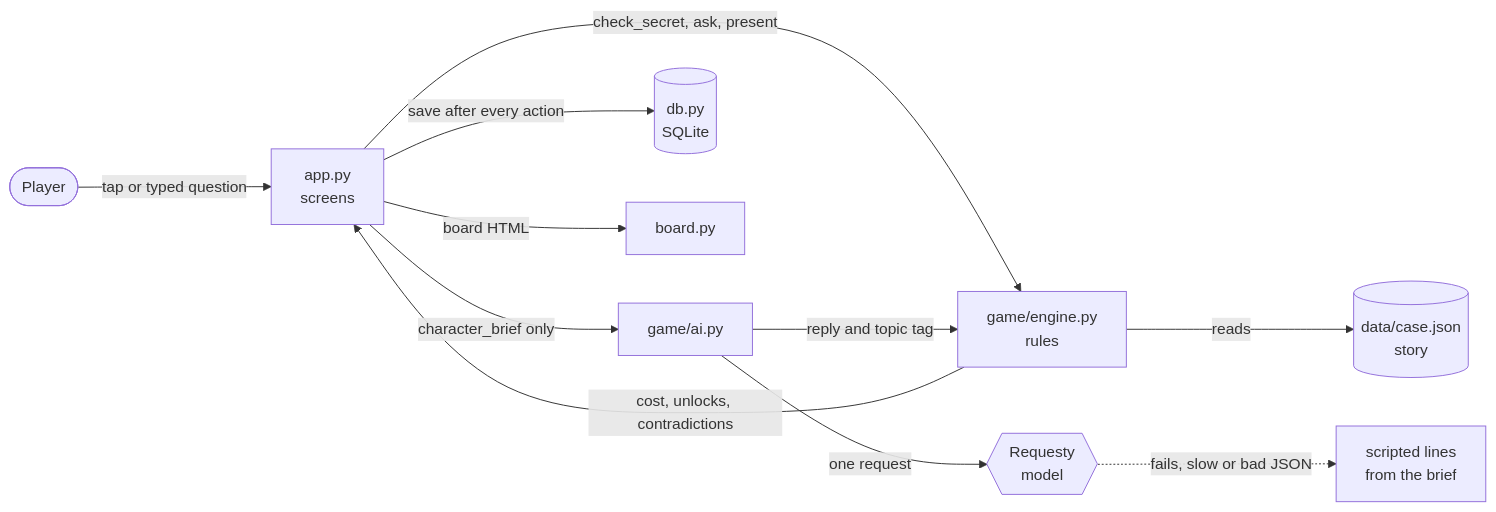
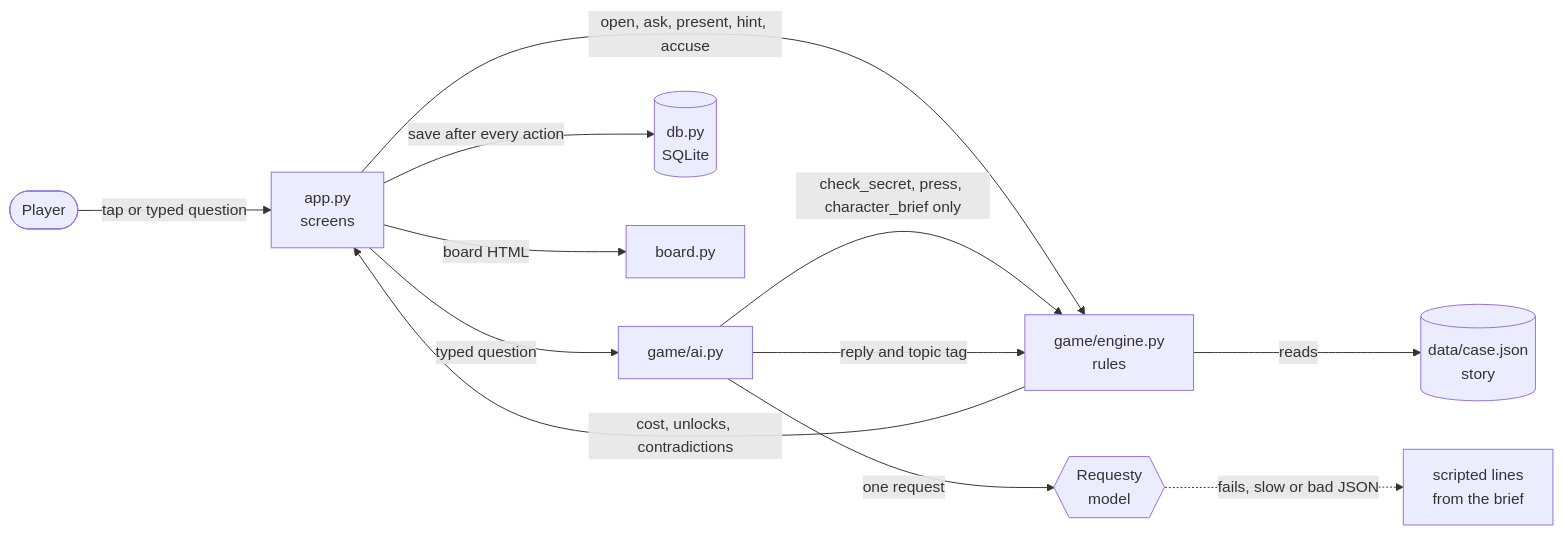
Before and after one commit to martim-srp/Death-of-the-Final-Exam: the diagram in README.md, drawn with Mermaid. The commit also changed other lines of this file, not shown here.

First line of the commit message:
README: accurate diagram, hard mode and history wording, who built what

````diff
--- a/README.md
+++ b/README.md
@@ -122,13 +122,14 @@
 ```mermaid
 flowchart LR
     P([Player]) -->|tap or typed question| A[app.py<br/>screens]
-    A -->|check_secret, ask, present| E[game/engine.py<br/>rules]
+    A -->|open, ask, present, hint, accuse| E[game/engine.py<br/>rules]
     E -->|reads| C[(data/case.json<br/>story)]
-    A -->|character_brief only| AI[game/ai.py]
+    A -->|typed question| AI[game/ai.py]
+    AI -->|check_secret, press, character_brief only| E
     AI -->|one request| R{{Requesty<br/>model}}
     R -.->|fails, slow or bad JSON| F[scripted lines<br/>from the brief]
     AI -->|reply and topic tag| E
     E -->|cost, unlocks, contradictions| A
     A -->|save after every action| D[(db.py<br/>SQLite)]
     A -->|board HTML| B[board.py]
 ```
````
